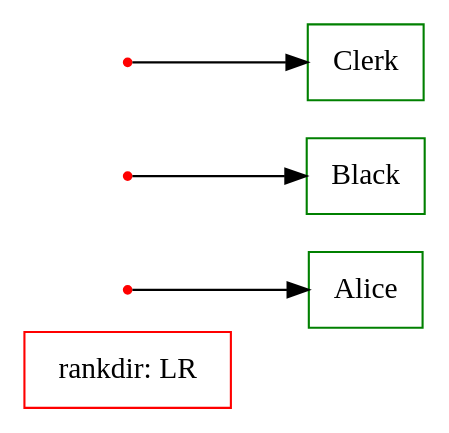
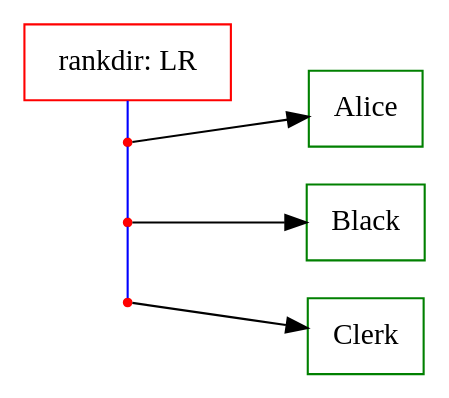
One commit to greatgauss/graphviz_script changed the diagram in rankdir.dot. Above: the diagram before and after it, drawn with Graphviz.

```diff
--- a/rankdir.dot
+++ b/rankdir.dot
@@ -1,19 +1,23 @@
 digraph RANKDIR
 {
     fixedsize=true;          
     node [shape=box, size="15,15"];
     rankdir=LR;    
     Parent_1 [label="rankdir: LR", color=RED];
 
     point_1 [shape=point, color=RED];
     Person_1 [label="Alice", color=GREEN];
     point_1 -> Person_1;
 
     point_2 [shape=point, color=RED];
     Person_2 [label="Black", color=GREEN];
     point_2 -> Person_2;
 
     point_3 [shape=point, color=RED];
     Person_3 [label="Clerk", color=GREEN]
     point_3 -> Person_3;
+    {
+      rank=same;
+	    Parent_1 -> point_1 -> point_2 -> point_3[arrowhead=none, color=blue]
+    }
 }
```
